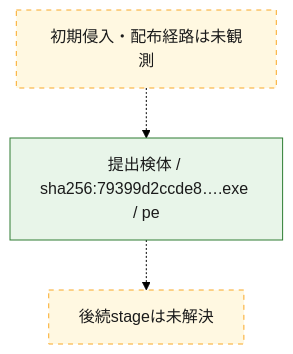
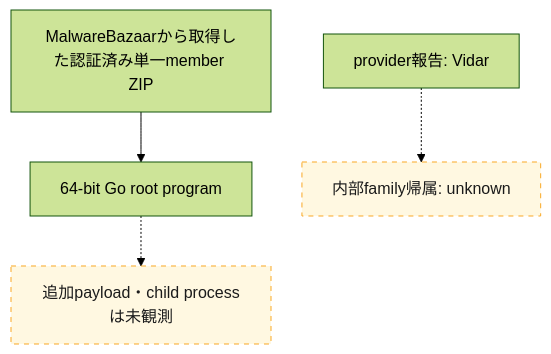
One commit to proshiba/AI-security-analysis changed the second of 3 diagrams in analysis-results/malware/vidar/versions/unknown/cases/79399d2ccde8a358e1f62b9422e4ba4d337d14b293f0d351b5f611549188cf19/OVERALL-LOGIC.md. Above: the diagram before and after it, drawn with Mermaid (forest theme). The commit also changed other lines of this file and 119 other files, not shown here.

````diff
--- a/analysis-results/malware/vidar/versions/unknown/cases/79399d2ccde8a358e1f62b9422e4ba4d337d14b293f0d351b5f611549188cf19/OVERALL-LOGIC.md
+++ b/analysis-results/malware/vidar/versions/unknown/cases/79399d2ccde8a358e1f62b9422e4ba4d337d14b293f0d351b5f611549188cf19/OVERALL-LOGIC.md
@@ -29,13 +32,8 @@
 ```mermaid
 flowchart TD
-  chain_initial["初期侵入・配布経路は未観測"]
-  chain_01["提出検体 / sha256:79399d2ccde8….exe / pe"]
-  chain_initial -.-> chain_01
-  chain_unknown["後続stageは未解決"]
-  chain_01 -.-> chain_unknown
-  class chain_unknown unresolved
-  class chain_01 confirmed
-  class chain_initial unresolved
-  classDef confirmed fill:#e8f5e9,stroke:#2e7d32,color:#1b1b1b
+  source["MalwareBazaarから取得した認証済み単一member ZIP"] --> root["64-bit Go root program"]
+  root -.-> next["追加payload・child processは未観測"]
+  provider["provider報告: Vidar"] -.-> attribution["内部family帰属: unknown"]
+  class next,attribution unresolved
   classDef unresolved fill:#fff8e1,stroke:#f9a825,color:#1b1b1b,stroke-dasharray:5 5
 ```
````
